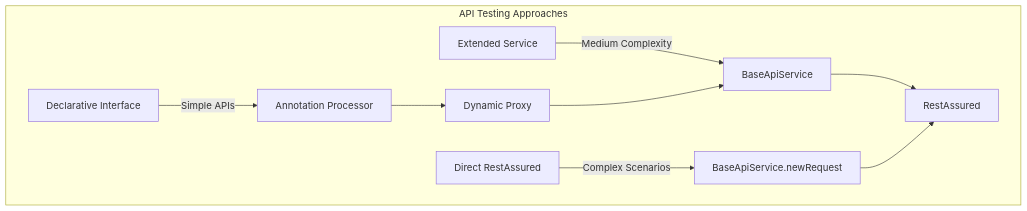
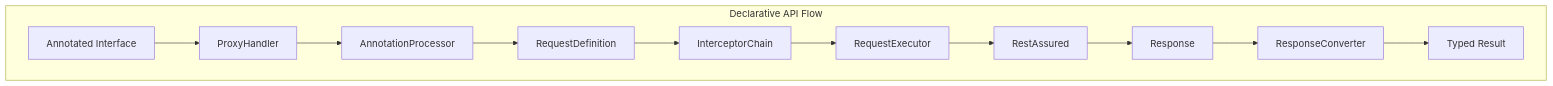
One commit to gureevod/hex_mad changed the diagram in docs/architecture/api-declarative-design.md. Above: the diagram before and after it, drawn with Mermaid. The commit also changed other lines of this file and 2 other files, not shown here.

````diff
--- a/docs/architecture/api-declarative-design.md
+++ b/docs/architecture/api-declarative-design.md
@@ -19,13 +19,14 @@
 ```mermaid
 graph TD
-    subgraph "API Testing Approaches"
-        A[Declarative Interface] -->|Simple APIs| B[Annotation Processor]
-        C[Extended Service] -->|Medium Complexity| D[BaseApiService]
-        E[Direct RestAssured] -->|Complex Scenarios| F[BaseApiService.newRequest]
-        
-        B --> G[Dynamic Proxy]
-        G --> D
-        D --> H[RestAssured]
-        F --> H
+    subgraph "Declarative API Flow"
+        A[Annotated Interface] --> B[ProxyHandler]
+        B --> C[AnnotationProcessor]
+        C --> D[RequestDefinition]
+        D --> E[InterceptorChain]
+        E --> F[RequestExecutor]
+        F --> G[RestAssured]
+        G --> H[Response]
+        H --> I[ResponseConverter]
+        I --> J[Typed Result]
     end
 ```
````
